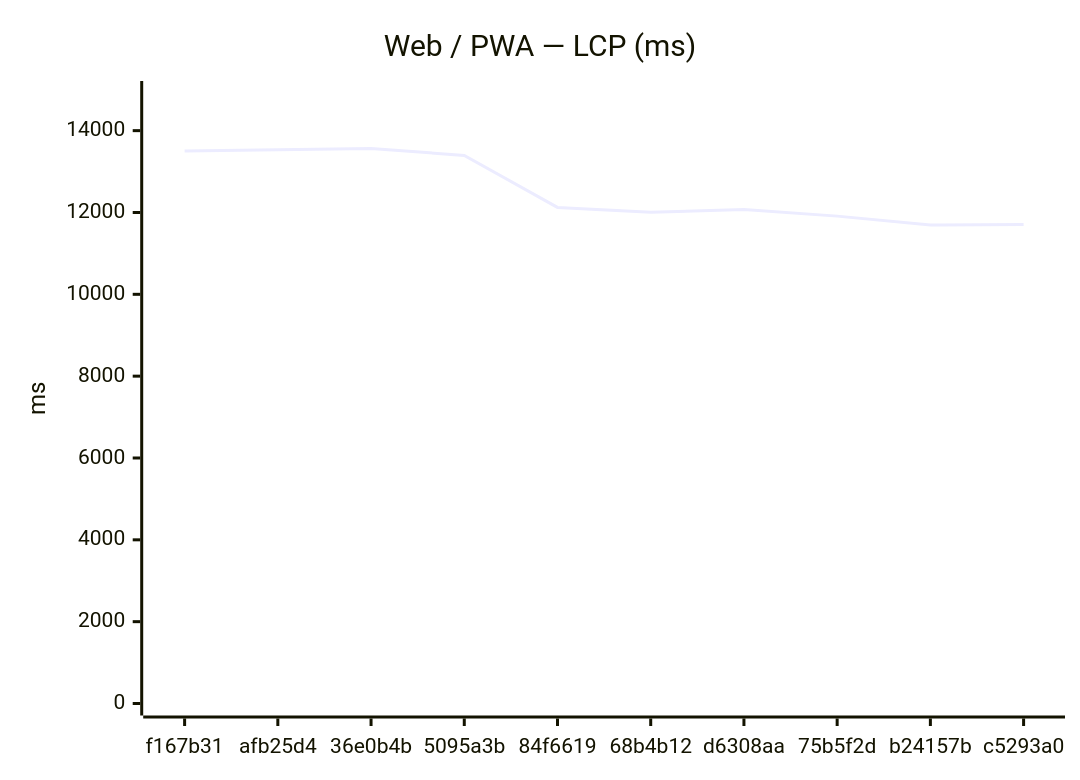
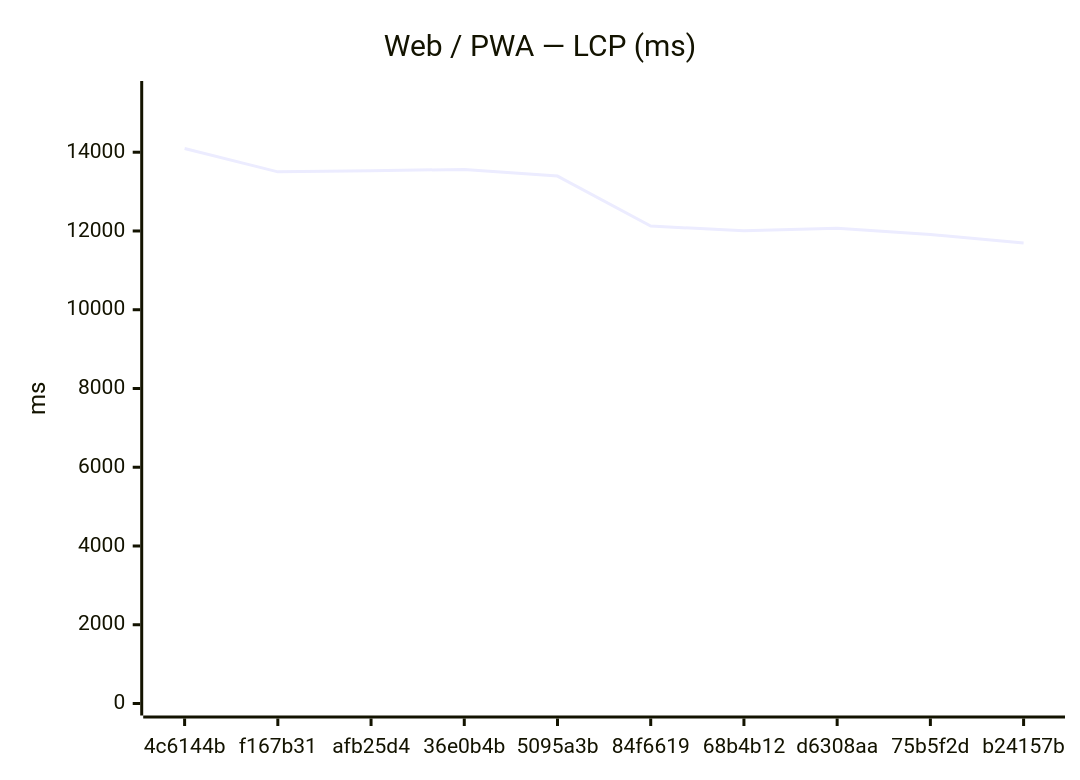
One commit to Metaheurist/Rianell changed the first of 18 diagrams in benchmarks/compare.md. Above: the diagram before and after it, drawn with Mermaid. The commit also changed other lines of this file and 11 other files, not shown here.

````diff
--- a/benchmarks/compare.md
+++ b/benchmarks/compare.md
@@ -24,7 +24,7 @@
 ```mermaid
 xychart-beta
     title "Web / PWA — LCP (ms)"
-    x-axis ["f167b31", "afb25d4", "36e0b4b", "5095a3b", "84f6619", "68b4b12", "d6308aa", "75b5f2d", "b24157b", "c5293a0"]
-    y-axis "ms" 0 --> 14920
-    line [13501, 13531, 13563, 13394, 12124, 12007, 12072, 11911, 11695, 11707]
+    x-axis ["4c6144b", "f167b31", "afb25d4", "36e0b4b", "5095a3b", "84f6619", "68b4b12", "d6308aa", "75b5f2d", "b24157b"]
+    y-axis "ms" 0 --> 15504
+    line [14094, 13501, 13531, 13563, 13394, 12124, 12007, 12072, 11911, 11695]
 ```
````
